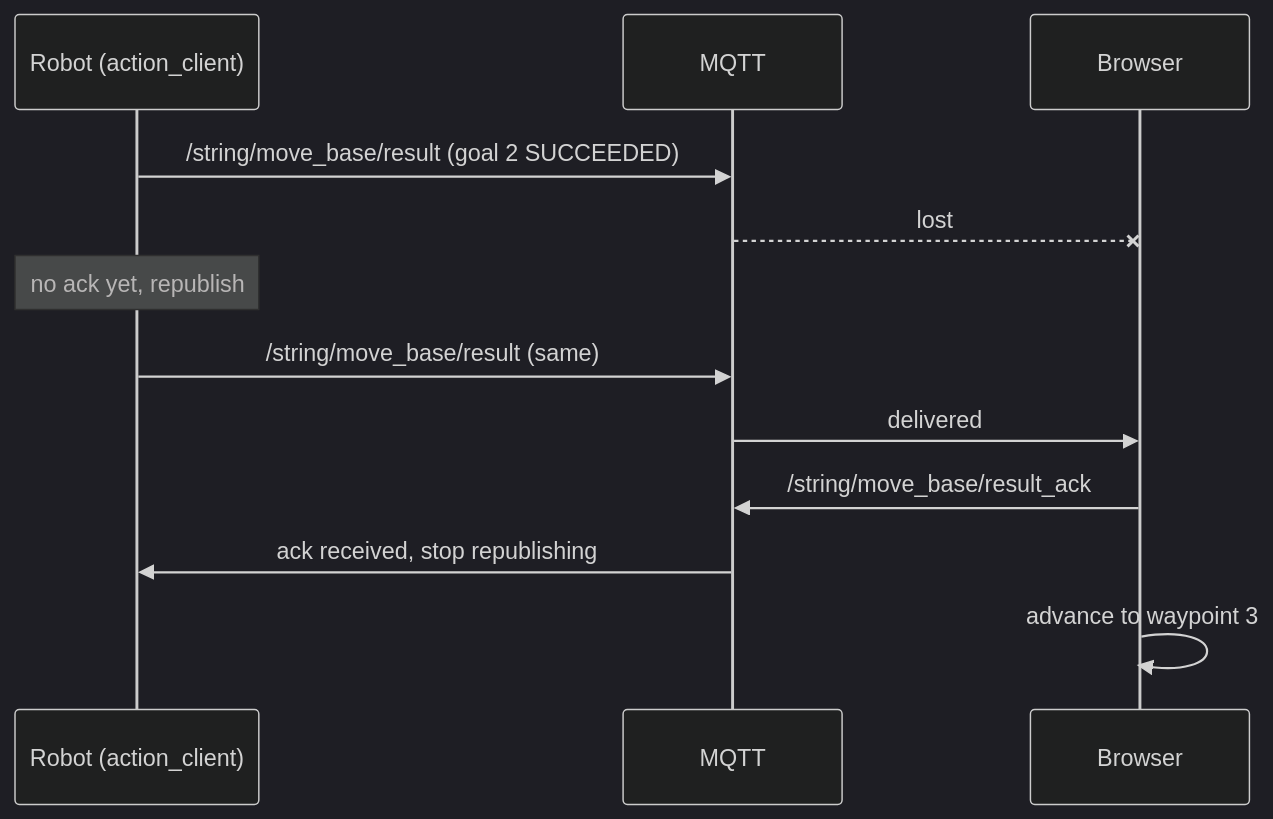
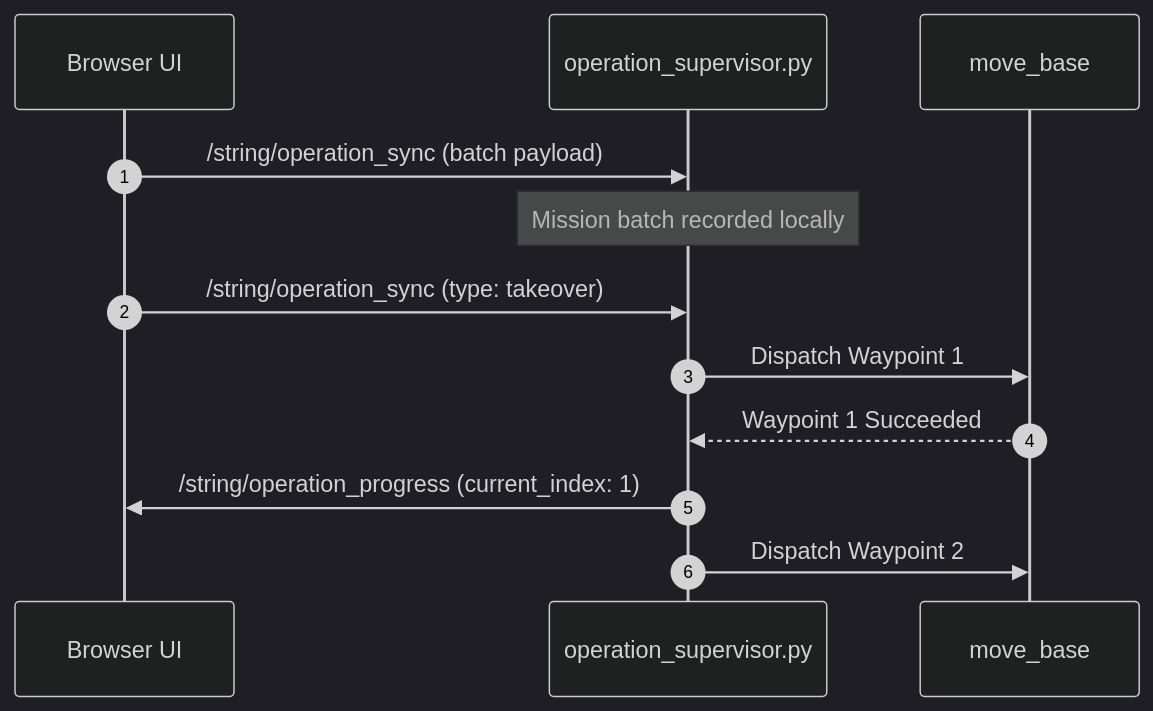
Before and after one commit to itbdelaboprogramming/msd700_documentation: the fourth of 5 diagrams in docs/development/message-contracts.md, drawn with Mermaid (dark theme). The commit also changed other lines of this file and 16 other files, not shown here.

Commit message:
docs: overhaul documentation structure and clarify fleet addressing and command schemas

````diff
--- a/docs/development/message-contracts.md
+++ b/docs/development/message-contracts.md
@@ -525,15 +370,15 @@
 ```mermaid
 sequenceDiagram
-  participant R as Robot (action_client)
-  participant M as MQTT
-  participant B as Browser
+  autonumber
+  participant UI as Browser UI
+  participant Supervisor as operation_supervisor.py
+  participant MoveBase as move_base
 
-  R->>M: /string/move_base/result (goal 2 SUCCEEDED)
-  M--xB: lost
-  Note over R: no ack yet, republish
-  R->>M: /string/move_base/result (same)
-  M->>B: delivered
-  B->>M: /string/move_base/result_ack
-  M->>R: ack received, stop republishing
-  B->>B: advance to waypoint 3
+  UI->>Supervisor: /string/operation_sync (batch payload)
+  Note over Supervisor: Mission batch recorded locally
+  UI->>Supervisor: /string/operation_sync (type: takeover)
+  Supervisor->>MoveBase: Dispatch Waypoint 1
+  MoveBase-->>Supervisor: Waypoint 1 Succeeded
+  Supervisor->>UI: /string/operation_progress (current_index: 1)
+  Supervisor->>MoveBase: Dispatch Waypoint 2
 ```
````
